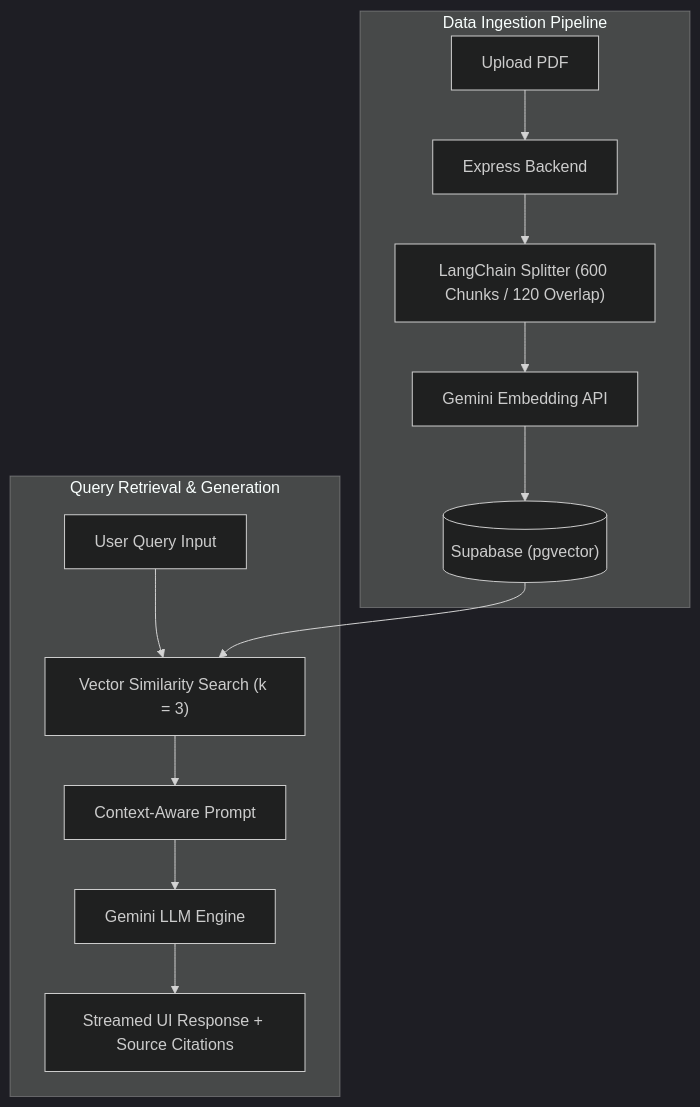
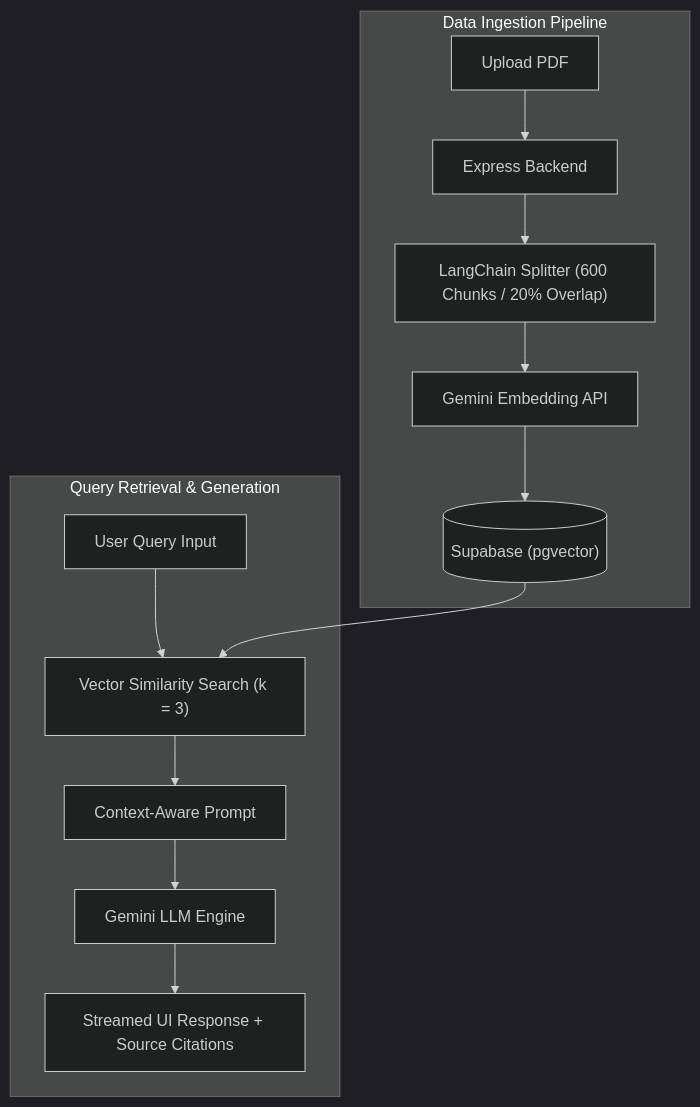
Before and after one commit to AjinkyaJoshi05/fullstack-rag-knowledge-engine: the diagram in README.md, drawn with Mermaid (dark theme).

Commit message:
Update overlap percentage in ingestion pipeline diagram

````diff
--- a/README.md
+++ b/README.md
@@ -30,17 +30,17 @@
 ```mermaid
 flowchart TD
     subgraph Ingestion_Pipeline [Data Ingestion Pipeline]
         A[Upload PDF] --> B[Express Backend]
-        B --> C["LangChain Splitter (600 Chunks / 120 Overlap)"]
+        B --> C["LangChain Splitter (600 Chunks / 20% Overlap)"]
         C --> D[Gemini Embedding API]
         D --> E[("Supabase (pgvector)")]
     end
 
     subgraph Retrieval_Generation [Query Retrieval & Generation]
         F[User Query Input] --> G["Vector Similarity Search (k = 3)"]
         E --> G
         G --> H[Context-Aware Prompt]
         H --> I[Gemini LLM Engine]
         I --> J["Streamed UI Response + Source Citations"]
     end
 ```
````
